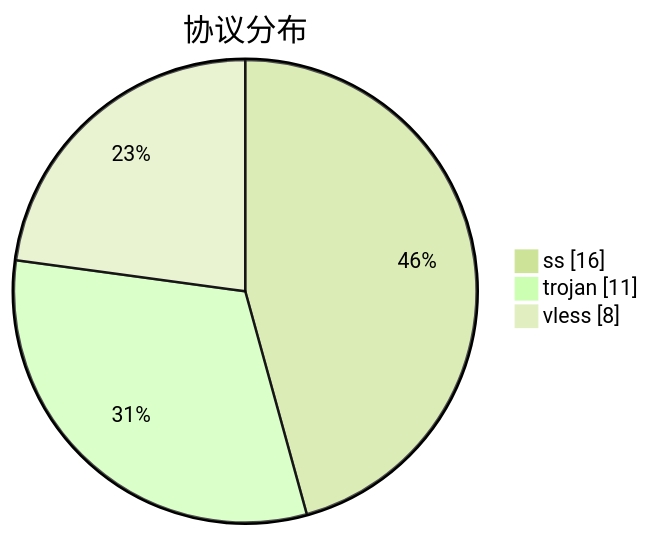
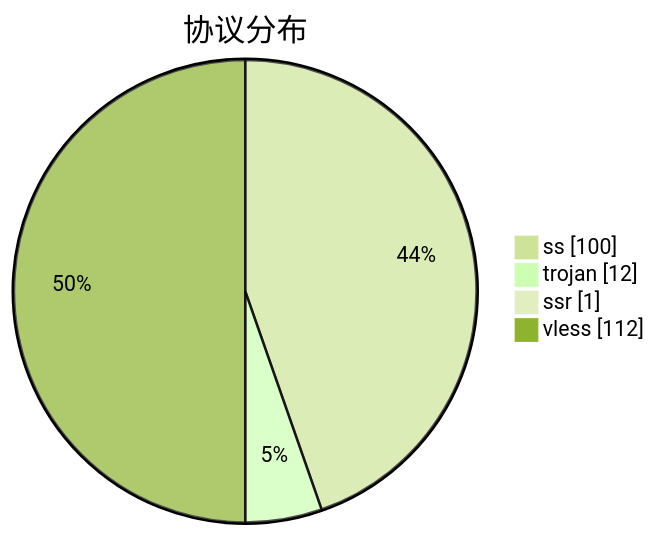
Before and after one commit to qjlxg/airport: the third of 3 diagrams in subs/statistics/tested_within.md, drawn with Mermaid (forest theme). The commit also changed other lines of this file and 2 other files, not shown here.

````diff
--- a/subs/statistics/tested_within.md
+++ b/subs/statistics/tested_within.md
@@ -24,7 +34,8 @@
 ```mermaid
 pie showData
 title 协议分布
-"ss" : 16
-"trojan" : 11
-"vless" : 8
+"ss" : 100
+"trojan" : 12
+"ssr" : 1
+"vless" : 112
 ```
````
